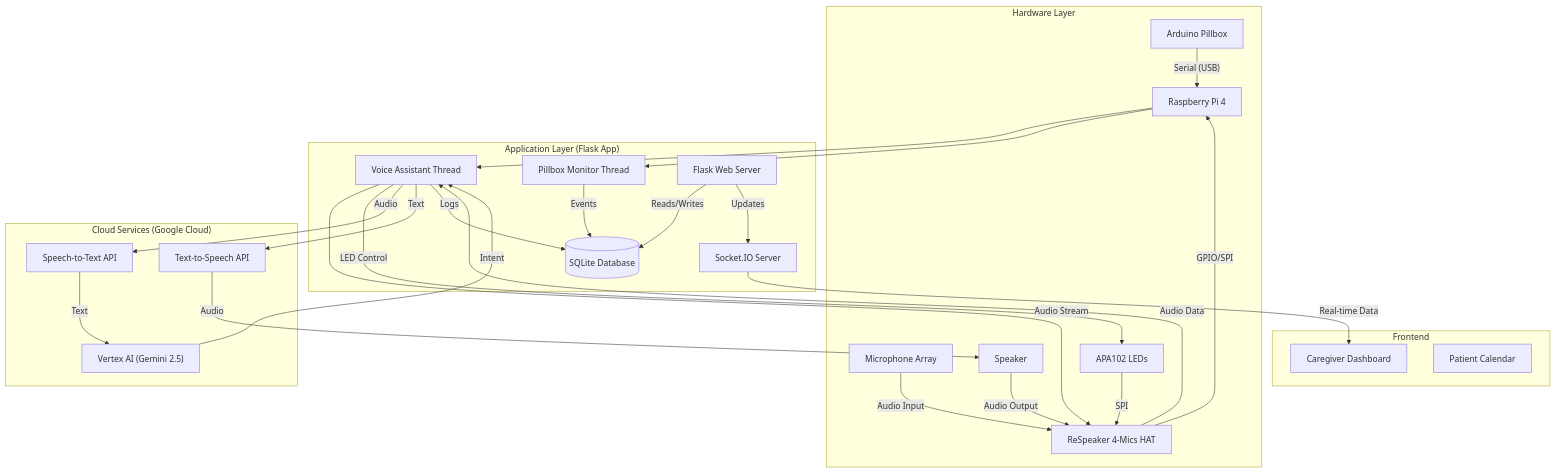
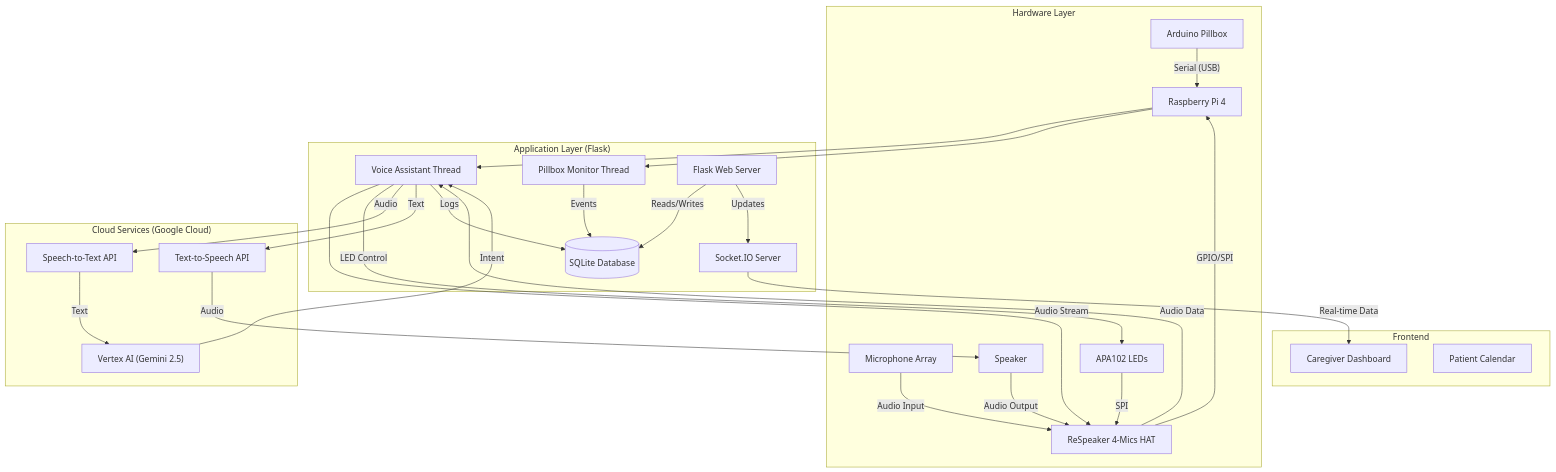
Before and after one commit to jovalie/IoT-Medication-Manager: the diagram in README.md, drawn with Mermaid.

````diff
--- a/README.md
+++ b/README.md
@@ -16,50 +16,50 @@
 ```mermaid
 graph TD
     subgraph "Hardware Layer"
         Arduino[Arduino Pillbox] -- Serial (USB) --> RPi[Raspberry Pi 4]
         ReSpeaker[ReSpeaker 4-Mics HAT] -- GPIO/SPI --> RPi
         Mic[Microphone Array] -- Audio Input --> ReSpeaker
         Speaker[Speaker] -- Audio Output --> ReSpeaker
         LEDs[APA102 LEDs] -- SPI --> ReSpeaker
     end
 
-    subgraph "Application Layer (Flask App)"
+    subgraph "Application Layer (Flask)"
         VoiceThread[Voice Assistant Thread]
         PillboxThread[Pillbox Monitor Thread]
         WebApp[Flask Web Server]
         SocketIO[Socket.IO Server]
         DB[(SQLite Database)]
     end
 
     subgraph "Cloud Services (Google Cloud)"
         STT[Speech-to-Text API]
         TTS[Text-to-Speech API]
         Gemini["Vertex AI (Gemini 2.5)"]
     end
 
     subgraph "Frontend"
         Dashboard[Caregiver Dashboard]
         Calendar[Patient Calendar]
     end
 
     %% Connections
     RPi --> VoiceThread
     RPi --> PillboxThread
     
     VoiceThread -- Audio Stream --> ReSpeaker
     ReSpeaker -- Audio Data --> VoiceThread
     VoiceThread -- LED Control --> LEDs
     
     VoiceThread -- Audio --> STT
     STT -- Text --> Gemini
     Gemini -- Intent --> VoiceThread
     VoiceThread -- Text --> TTS
     TTS -- Audio --> Speaker
     
     PillboxThread -- Events --> DB
     VoiceThread -- Logs --> DB
     
     WebApp -- Reads/Writes --> DB
     WebApp -- Updates --> SocketIO
     SocketIO -- Real-time Data --> Dashboard
 ```
````
